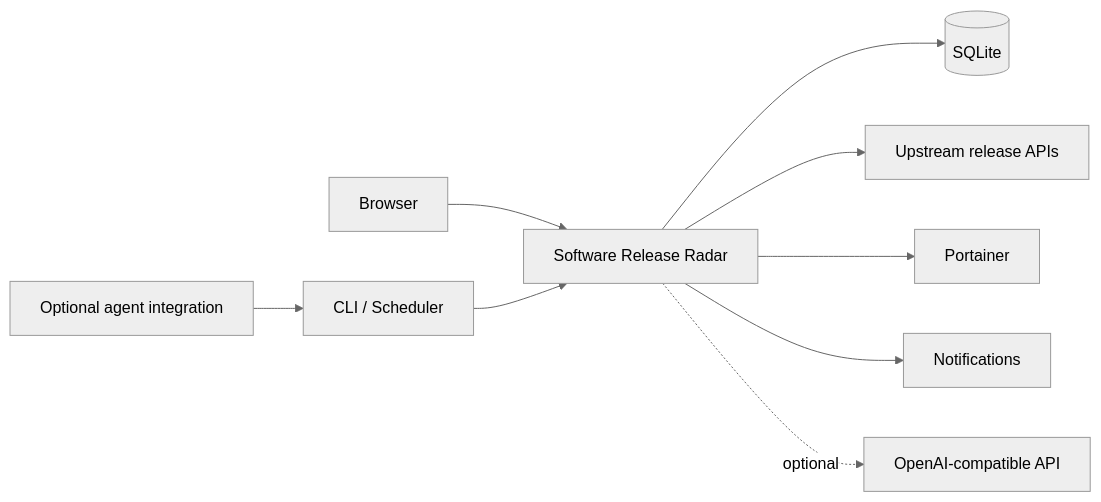
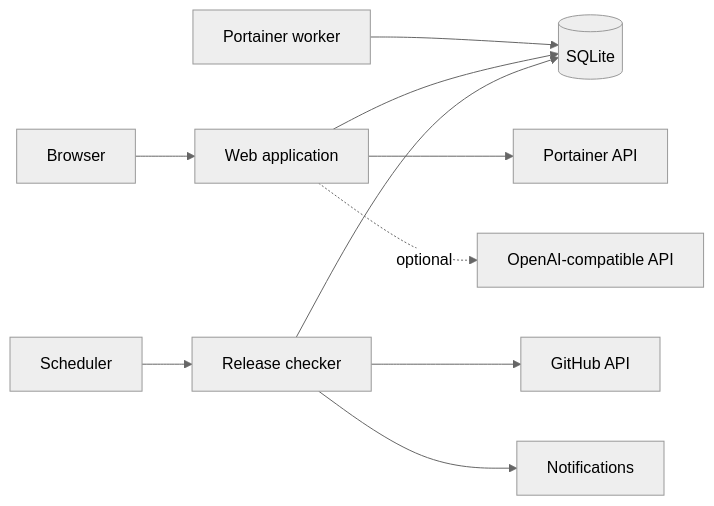
Before and after one commit to muhdusama/Software-Release-Radar: the diagram in README.md, drawn with Mermaid (neutral theme). The commit also changed other lines of this file, not shown here.

Commit message:
Update README for production release candidate

````diff
--- a/README.md
+++ b/README.md
@@ -269,11 +223,12 @@
 ```mermaid
 flowchart LR
-    U[Browser] --> W[Software Release Radar]
-    C[CLI / Scheduler] --> W
-    W --> DB[(SQLite)]
-    W --> GH[Upstream release APIs]
-    W --> P[Portainer]
-    W --> N[Notifications]
+    U[Browser] --> W[Web application]
+    S[Scheduler] --> C[Release checker]
+    P[Portainer worker] --> DB[(SQLite)]
+    W --> DB
+    C --> DB
+    C --> GH[GitHub API]
+    C --> N[Notifications]
+    W --> PT[Portainer API]
     W -. optional .-> AI[OpenAI-compatible API]
-    H[Optional agent integration] --> C
 ```
````
